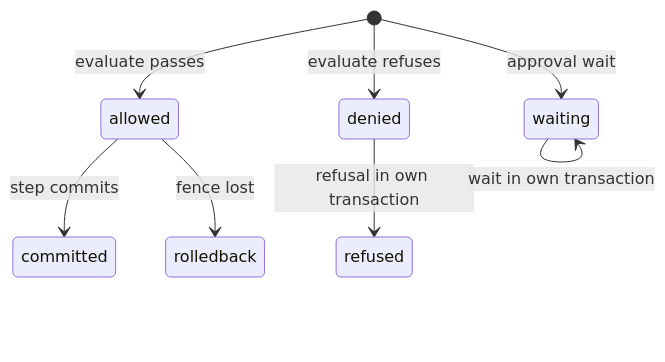
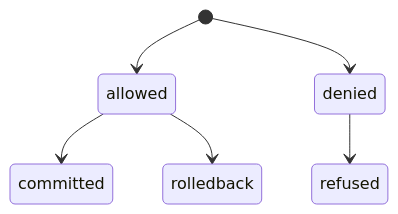
The fourth of 5 diagrams in openspec/changes/state-write-state-facts-fixed/design.md (OpenDustpan/OpenDustpan), drawn with Mermaid before and after one commit. The commit also changed other lines of this file and 90 other files, not shown here.

````diff
--- a/openspec/changes/state-write-state-facts-fixed/design.md
+++ b/openspec/changes/state-write-state-facts-fixed/design.md
@@ -68,10 +70,8 @@
 ```mermaid
 stateDiagram-v2
-[*] --> allowed: evaluate passes
-[*] --> denied: evaluate refuses
-[*] --> waiting: approval wait
-allowed --> committed: step commits
-allowed --> rolledback: fence lost
-denied --> refused: refusal in own transaction
-waiting --> waiting: wait in own transaction
+[*] --> allowed
+[*] --> denied
+allowed --> committed
+allowed --> rolledback
+denied --> refused
 ```
````
